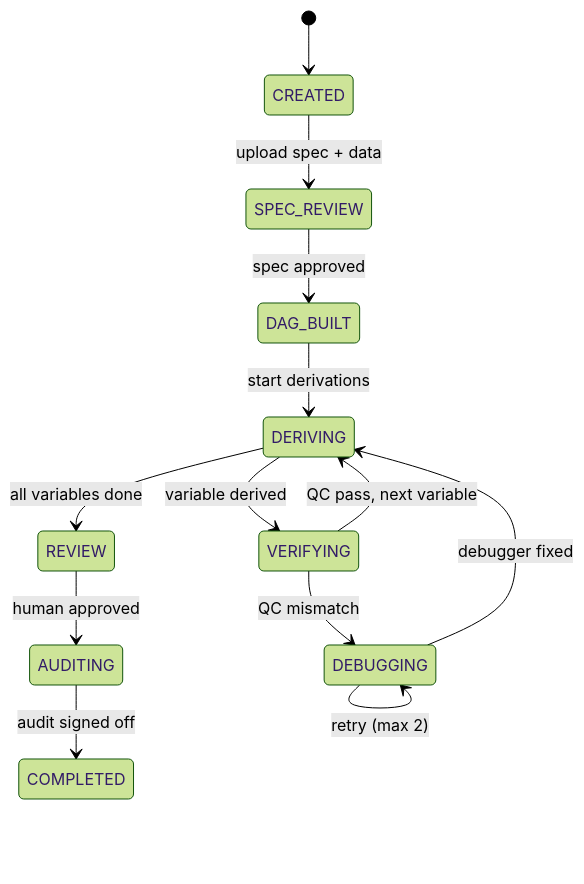
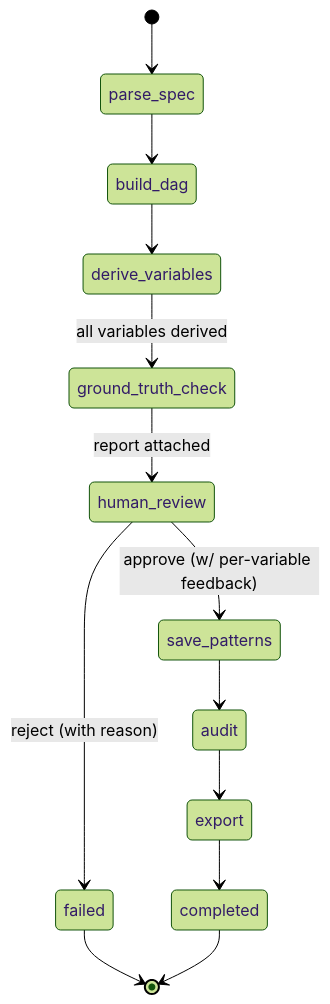
One commit to matt-grain/pharma-derive changed the second of 3 diagrams in docs/design.md. Above: the diagram before and after it, drawn with Mermaid (forest theme). The commit also changed other lines of this file and 11 other files, not shown here.

````diff
--- a/docs/design.md
+++ b/docs/design.md
@@ -79,15 +89,15 @@
 ```mermaid
 stateDiagram-v2
-    [*] --> CREATED
-    CREATED --> SPEC_REVIEW : upload spec + data
-    SPEC_REVIEW --> DAG_BUILT : spec approved
-    DAG_BUILT --> DERIVING : start derivations
-    DERIVING --> VERIFYING : variable derived
-    VERIFYING --> DERIVING : QC pass, next variable
-    VERIFYING --> DEBUGGING : QC mismatch
-    DEBUGGING --> DERIVING : debugger fixed
-    DEBUGGING --> DEBUGGING : retry (max 2)
-    DERIVING --> REVIEW : all variables done
-    REVIEW --> AUDITING : human approved
-    AUDITING --> COMPLETED : audit signed off
+    [*] --> parse_spec
+    parse_spec --> build_dag
+    build_dag --> derive_variables
+    derive_variables --> ground_truth_check : all variables derived
+    ground_truth_check --> human_review : report attached
+    human_review --> save_patterns : approve (w/ per-variable feedback)
+    human_review --> failed : reject (with reason)
+    save_patterns --> audit
+    audit --> export
+    export --> completed
+    failed --> [*]
+    completed --> [*]
 ```
````
